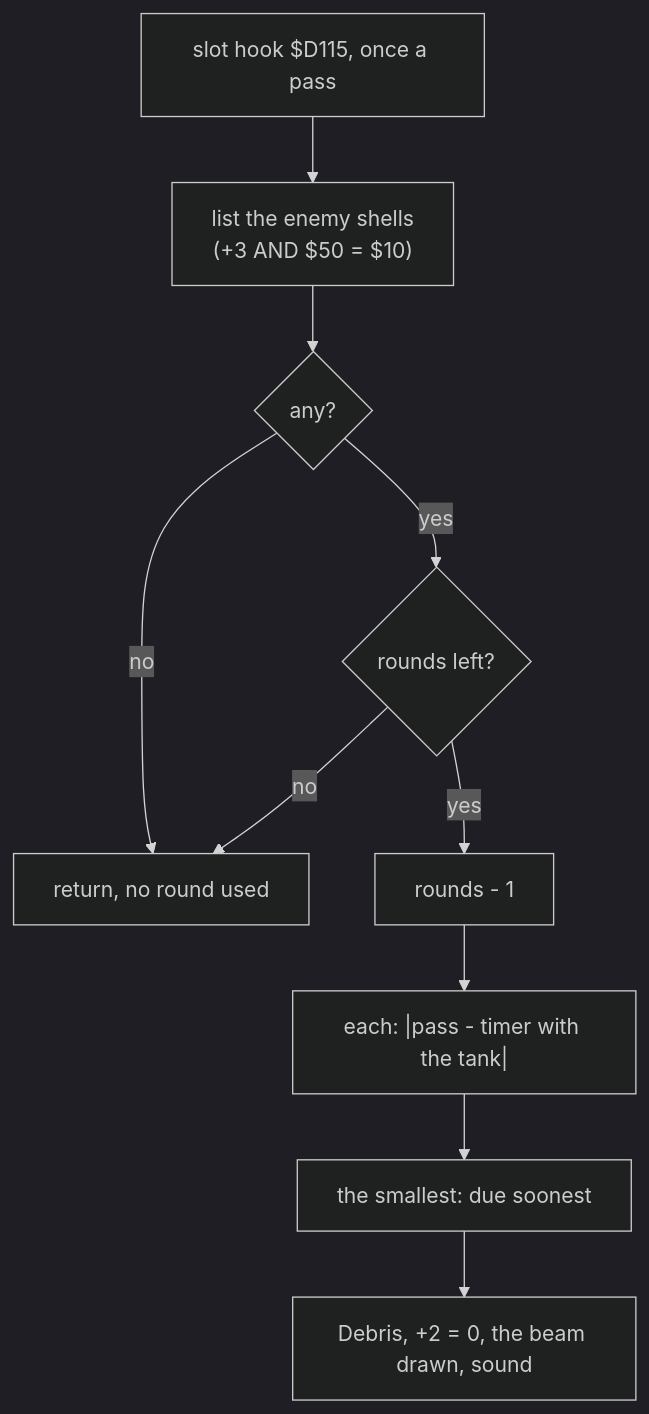
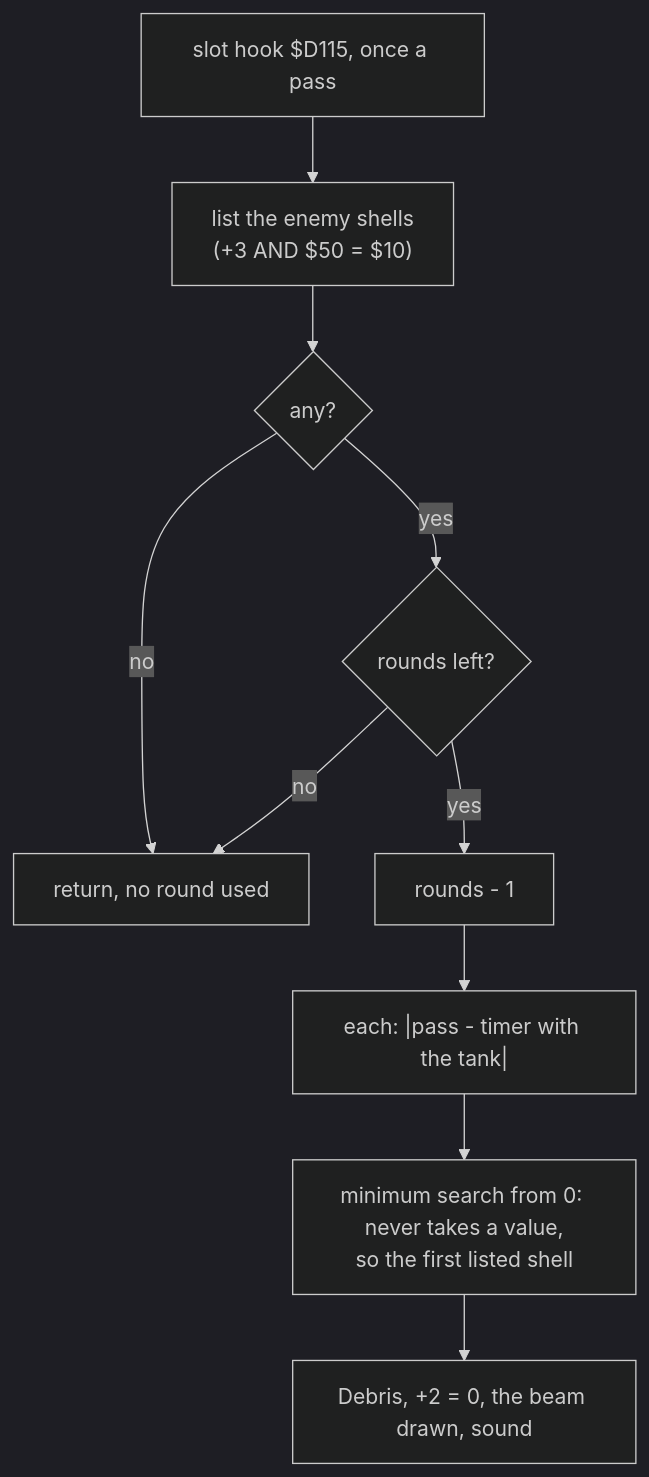
One commit to alfishe/unrealng-reverse-cases changed diagram 13 of 19 in games/battle-command/docs/10-gameplay-logic.md. Above: the diagram before and after it, drawn with Mermaid (dark theme). The commit also changed other lines of this file and 46 other files, not shown here.

````diff
--- a/games/battle-command/docs/10-gameplay-logic.md
+++ b/games/battle-command/docs/10-gameplay-logic.md
@@ -1365,12 +1409,12 @@
 ```mermaid
 flowchart TD
   A["slot hook $D115, once a pass"] --> B["list the enemy shells<br/>(+3 AND $50 = $10)"]
   B --> C{"any?"}
   C -- no --> Z["return, no round used"]
   C -- yes --> D{"rounds left?"}
   D -- no --> Z
   D -- yes --> E["rounds - 1"]
   E --> F["each: |pass - timer with the tank|"]
-  F --> G["the smallest: due soonest"]
+  F --> G["minimum search from 0: never takes a value,<br/>so the first listed shell"]
   G --> H["Debris, +2 = 0, the beam drawn, sound"]
 ```
````
